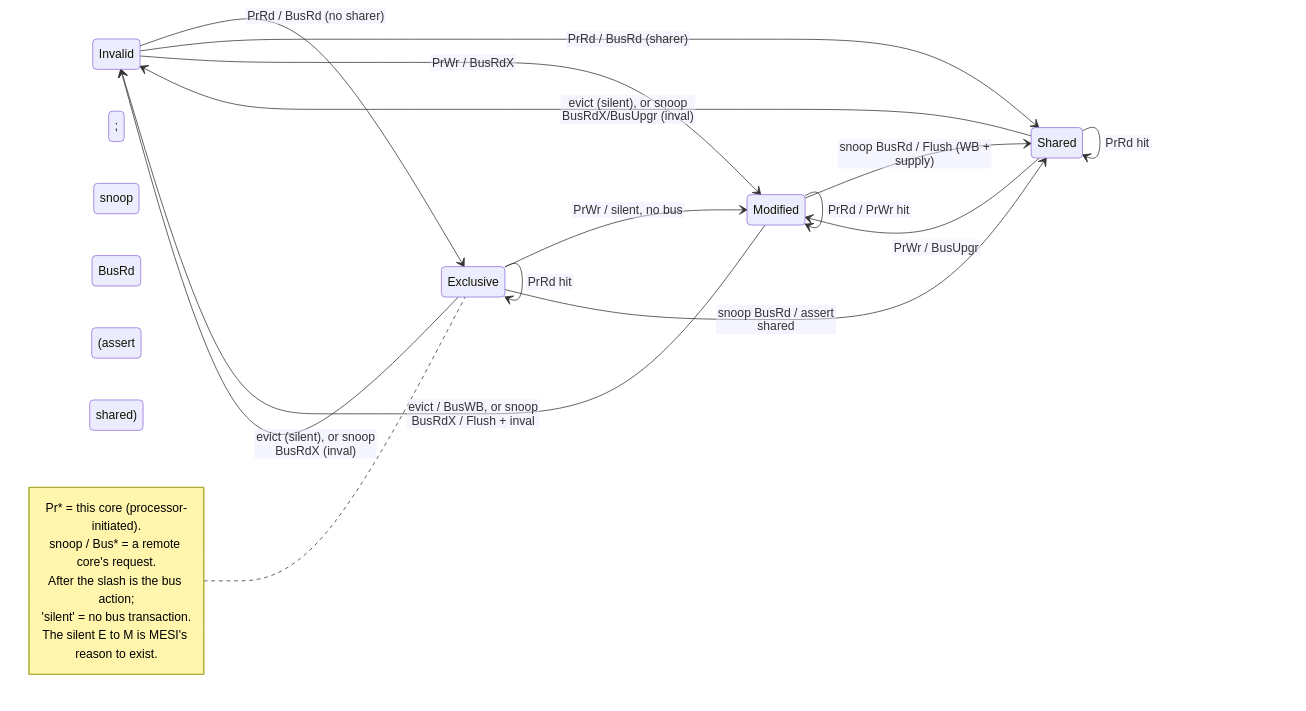
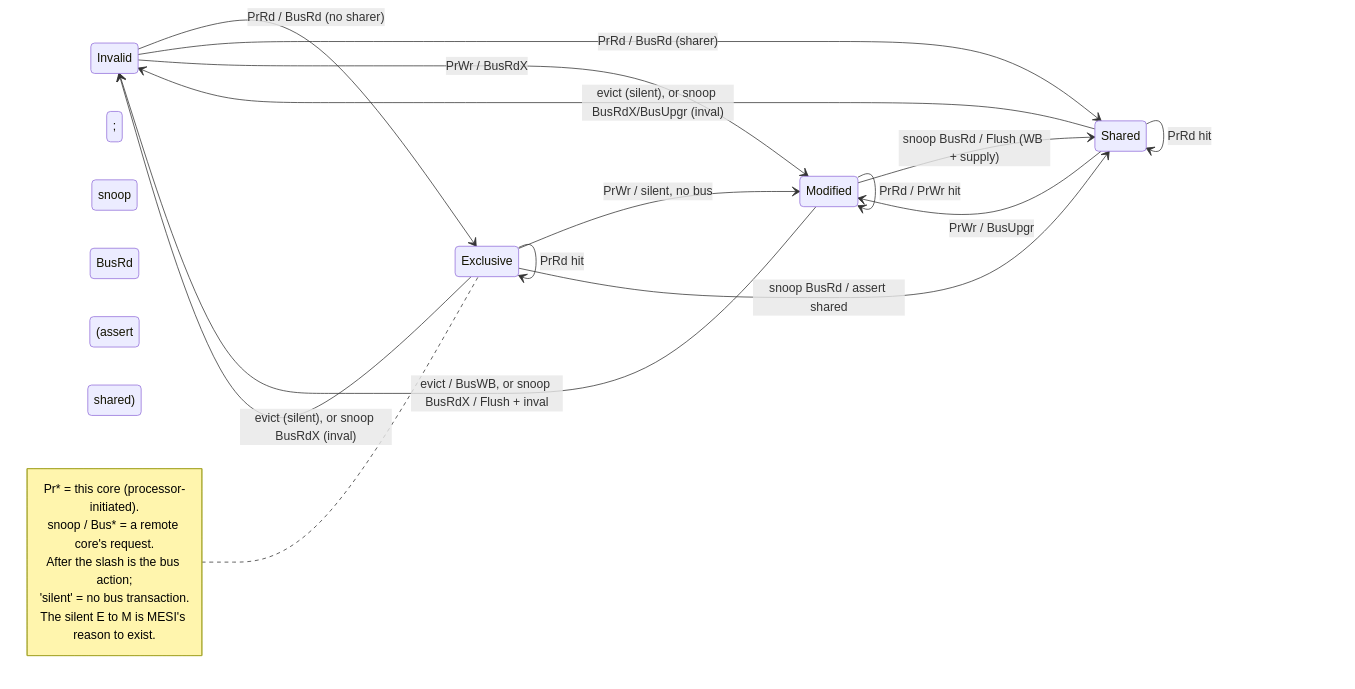
Before and after one commit to Wty2003328/silicon-design-notebook: the third of 4 diagrams in 01_Architecture_and_PPA/01_CPU_Architecture/01_Core_Foundations/01_CPU_Architecture.md, drawn with Mermaid. The commit also changed other lines of this file and 125 other files, not shown here.

First line of the commit message:
Complete the AMBA family, refresh the learning path, and make every figure and formula actually render

````diff
--- a/01_Architecture_and_PPA/01_CPU_Architecture/01_Core_Foundations/01_CPU_Architecture.md
+++ b/01_Architecture_and_PPA/01_CPU_Architecture/01_Core_Foundations/01_CPU_Architecture.md
@@ -520,29 +520,28 @@
 ```mermaid
-%%{init: {"flowchart": {"defaultRenderer": "elk", "nodeSpacing": 55, "rankSpacing": 55, "htmlLabels": false}}}%%
 stateDiagram-v2
     direction LR
     I: Invalid
     S: Shared
     E: Exclusive
     M: Modified
     I --> E: PrRd / BusRd (no sharer)
     I --> S: PrRd / BusRd (sharer)
     I --> M: PrWr / BusRdX
     S --> M: PrWr / BusUpgr
     E --> M: PrWr / silent, no bus
     E --> S: snoop BusRd / assert shared
     M --> S: snoop BusRd / Flush (WB + supply)
     S --> I: evict (silent), or snoop BusRdX/BusUpgr (inval)
     E --> I: evict (silent), or snoop BusRdX (inval)
     M --> I: evict / BusWB, or snoop BusRdX / Flush + inval
     S --> S: PrRd hit; snoop BusRd (assert shared)
     E --> E: PrRd hit
     M --> M: PrRd / PrWr hit
     note left of E
       Pr* = this core (processor-initiated).
       snoop / Bus* = a remote core's request.
       After the slash is the bus action;
       'silent' = no bus transaction.
       The silent E to M is MESI's reason to exist.
     end note
 ```
````
